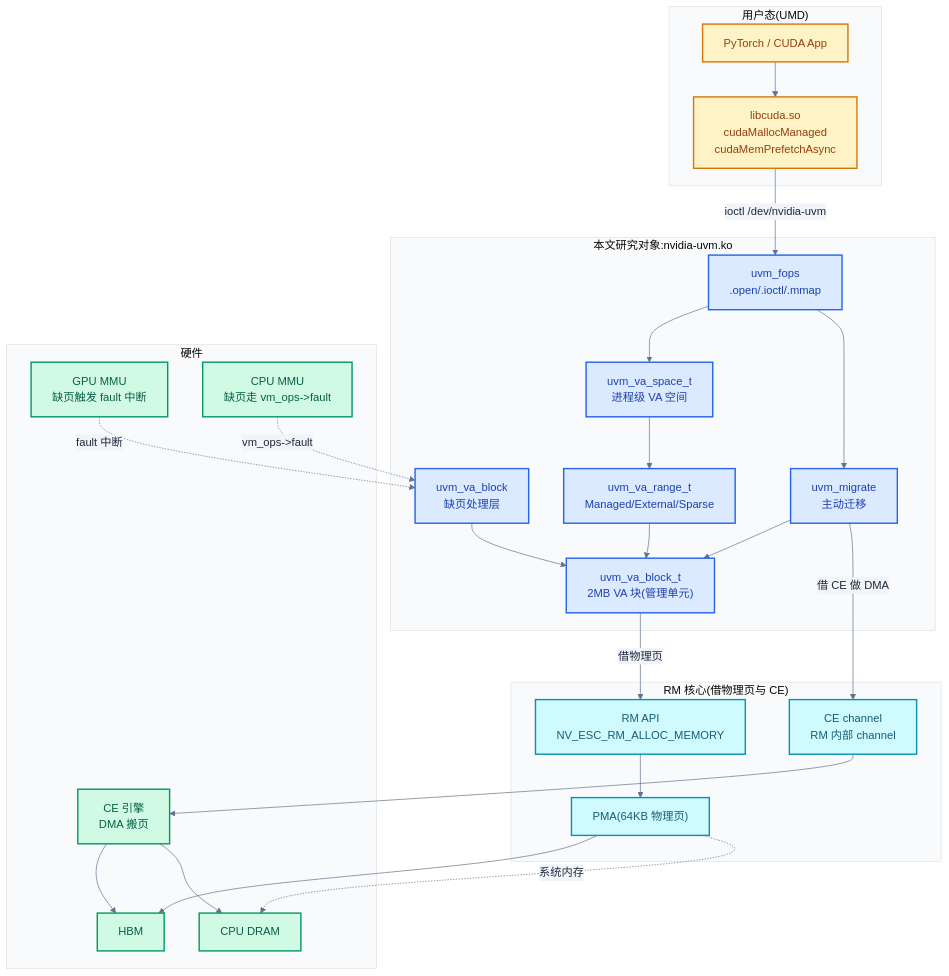
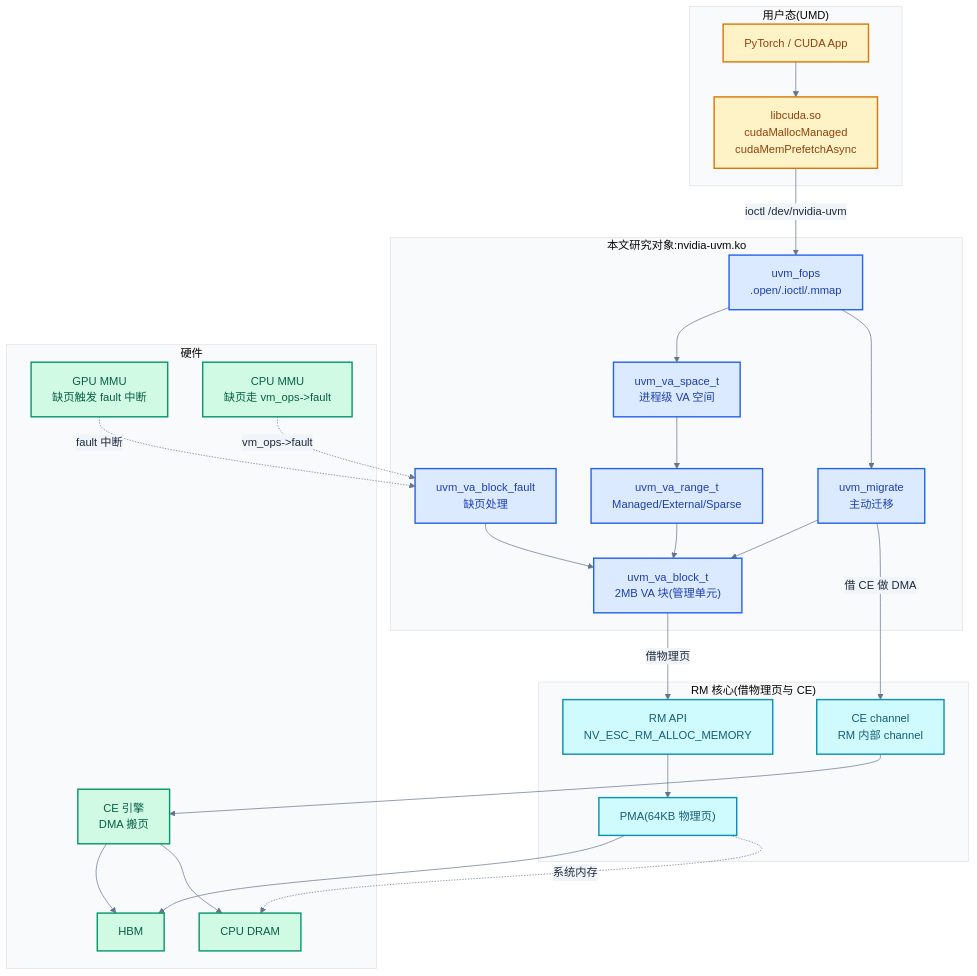
The first of 3 diagrams in nvidia-kmd/08-统一内存UVM.md (swjtuer326/cs-learning-notes), drawn with Mermaid before and after one commit. The commit also changed other lines of this file and 4 other files, not shown here.

````diff
--- a/nvidia-kmd/08-统一内存UVM.md
+++ b/nvidia-kmd/08-统一内存UVM.md
@@ -53,60 +53,60 @@
 ```mermaid
 %%{init: {"theme": "base", "themeVariables": {"primaryColor": "#f8fafc", "primaryTextColor": "#1e293b", "primaryBorderColor": "#475569", "lineColor": "#64748b", "secondaryColor": "#f1f5f9", "secondaryBorderColor": "#94a3b8", "tertiaryColor": "#f8fafc", "fontFamily": "\"trebuchet ms\", verdana, arial, sans-serif"}}}%%
 flowchart TD
     subgraph "用户态(UMD)"
         App["PyTorch / CUDA App"]
         UMD["libcuda.so<br/>cudaMallocManaged<br/>cudaMemPrefetchAsync"]
     end
 
     subgraph "本文研究对象:nvidia-uvm.ko"
         Fops["uvm_fops<br/>.open/.ioctl/.mmap"]
         VaSpace["uvm_va_space_t<br/>进程级 VA 空间"]
         VaBlock["uvm_va_block_t<br/>2MB VA 块(管理单元)"]
         VaRange["uvm_va_range_t<br/>Managed/External/Sparse"]
-        Fault["uvm_va_block<br/>缺页处理层"]
+        Fault["uvm_va_block_fault<br/>缺页处理"]
         Migrate["uvm_migrate<br/>主动迁移"]
     end
 
     subgraph "RM 核心(借物理页与 CE)"
         RMApi["RM API<br/>NV_ESC_RM_ALLOC_MEMORY"]
         PMA["PMA(64KB 物理页)"]
         CEChan["CE channel<br/>RM 内部 channel"]
     end
 
     subgraph "硬件"
         GMMU["GPU MMU<br/>缺页触发 fault 中断"]
         CE["CE 引擎<br/>DMA 搬页"]
         CPU["CPU MMU<br/>缺页走 vm_ops->fault"]
         HBM["HBM"]
         DRAM["CPU DRAM"]
     end
 
     App --> UMD
     UMD -->|"ioctl /dev/nvidia-uvm"| Fops
     Fops --> VaSpace
     VaSpace --> VaRange
     VaRange --> VaBlock
     Fops --> Migrate
     Migrate --> VaBlock
     Fault --> VaBlock
     VaBlock -->|"借物理页"| RMApi
     RMApi --> PMA
     PMA --> HBM
     PMA -.系统内存.-> DRAM
     Migrate -->|"借 CE 做 DMA"| CEChan
     CEChan --> CE
     CE --> HBM
     CE --> DRAM
 
     GMMU -.fault 中断.-> Fault
     CPU -.vm_ops->fault.-> Fault
 
     classDef user fill:#fef3c7,stroke:#d97706,color:#92400e,stroke-width:2px
     classDef uvm fill:#dbeafe,stroke:#2563eb,color:#1e40af,stroke-width:2px
     classDef rm fill:#cffafe,stroke:#0891b2,color:#155e75,stroke-width:2px
     classDef hw fill:#d1fae5,stroke:#059669,color:#065f46,stroke-width:2px
     class App,UMD user
     class Fops,VaSpace,VaBlock,VaRange,Fault,Migrate uvm
     class RMApi,PMA,CEChan rm
     class GMMU,CE,CPU,HBM,DRAM hw
 ```
````
